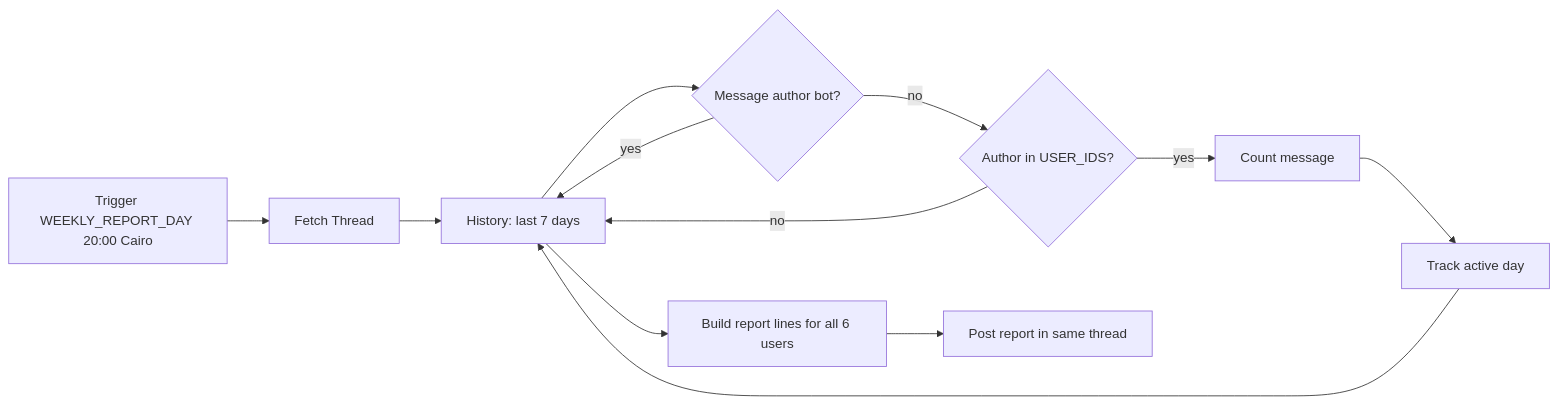
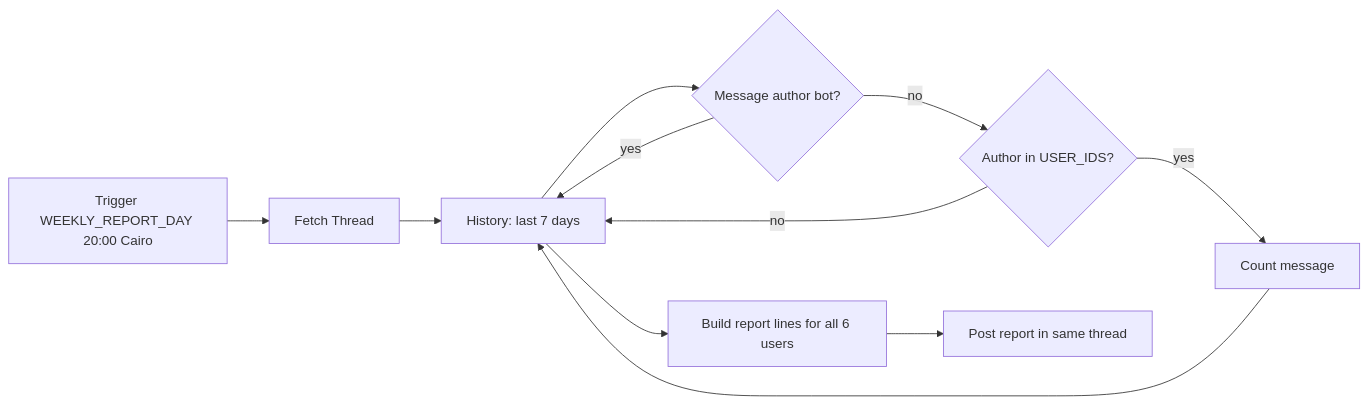
One commit to zeyaad-amr/adt_bot changed the third of 4 diagrams in README.md. Above: the diagram before and after it, drawn with Mermaid. The commit also changed other lines of this file and 2 other files, not shown here.

````diff
--- a/README.md
+++ b/README.md
@@ -79,14 +79,13 @@
 ```mermaid
 flowchart LR
     A[Trigger WEEKLY_REPORT_DAY 20:00 Cairo] --> B[Fetch Thread]
     B --> C[History: last 7 days]
     C --> D{Message author bot?}
     D -- yes --> C
     D -- no --> E{Author in USER_IDS?}
     E -- no --> C
     E -- yes --> F[Count message]
-    F --> G[Track active day]
-    G --> C
+    F --> C
     C --> H[Build report lines for all 6 users]
     H --> I[Post report in same thread]
 ```
````
